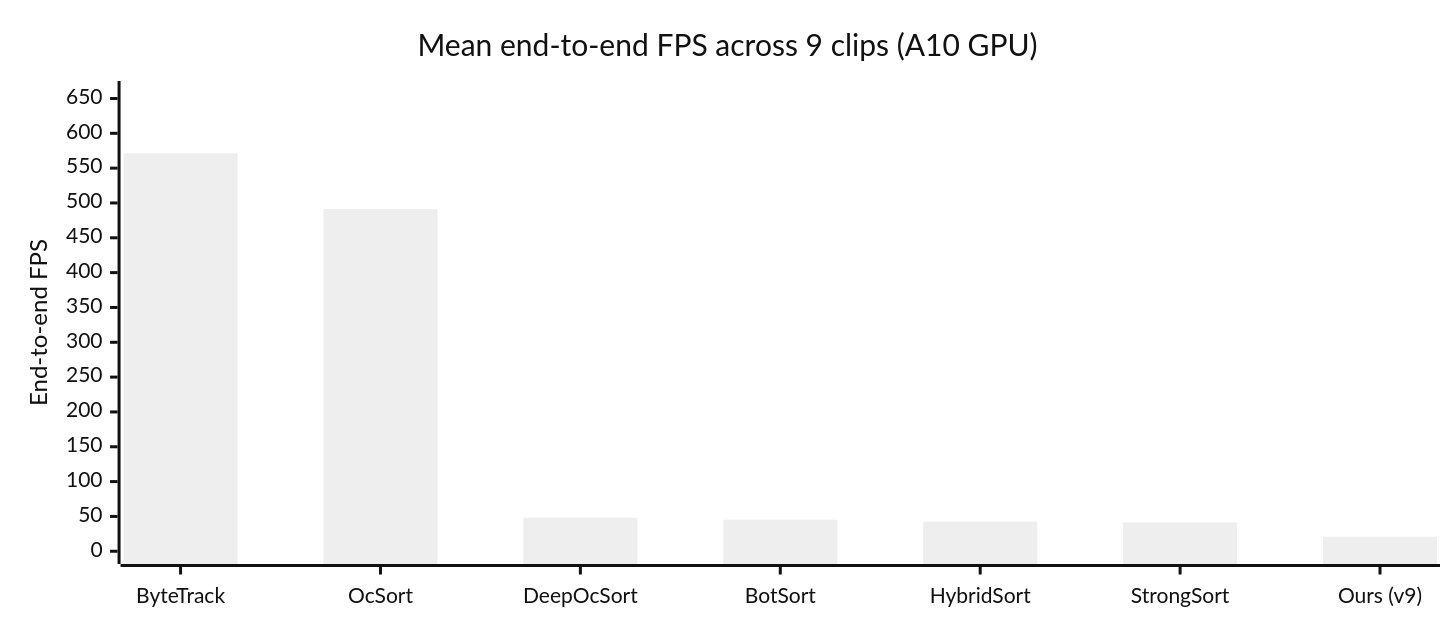
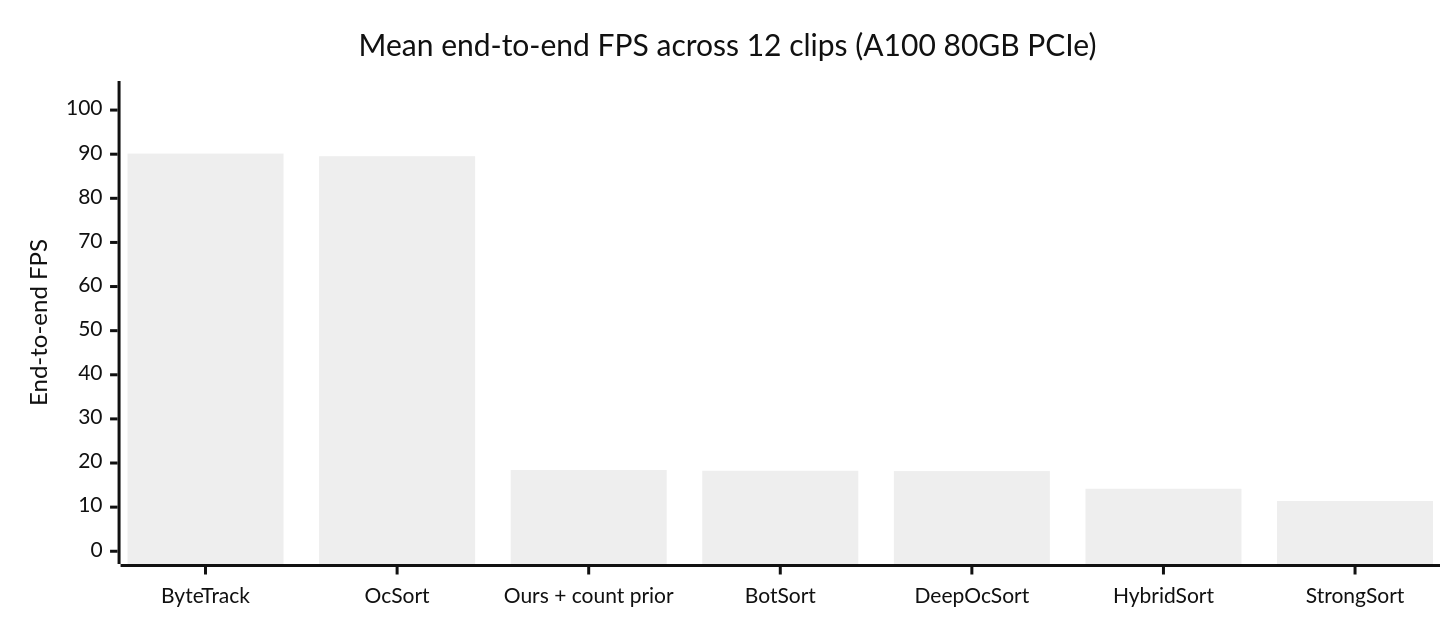
The second of 2 diagrams in docs/figures/full_benchmark/_mermaid_snippets.md (arnavchokshi/swaySort), drawn with Mermaid (neutral theme) before and after one commit. The commit also changed other lines of this file and 153 other files, not shown here.

````diff
--- a/docs/figures/full_benchmark/_mermaid_snippets.md
+++ b/docs/figures/full_benchmark/_mermaid_snippets.md
@@ -21,13 +21,13 @@
 ```mermaid
 ---
 config:
   xyChart:
     width: 950
     height: 400
 ---
 xychart-beta
-  title "Mean end-to-end FPS across 9 clips (A10 GPU)"
-  x-axis ["ByteTrack", "OcSort", "DeepOcSort", "BotSort", "HybridSort", "StrongSort", "Ours (v9)"]
-  y-axis "End-to-end FPS" 0 --> 656.8
-  bar [571.10, 491.41, 48.24, 45.33, 42.54, 41.36, 20.92]
+  title "Mean end-to-end FPS across 12 clips (A100 80GB PCIe)"
+  x-axis ["ByteTrack", "OcSort", "Ours + count prior", "BotSort", "DeepOcSort", "HybridSort", "StrongSort"]
+  y-axis "End-to-end FPS" 0 --> 103.7
+  bar [90.14, 89.54, 18.41, 18.25, 18.17, 14.16, 11.39]
 ```
````
